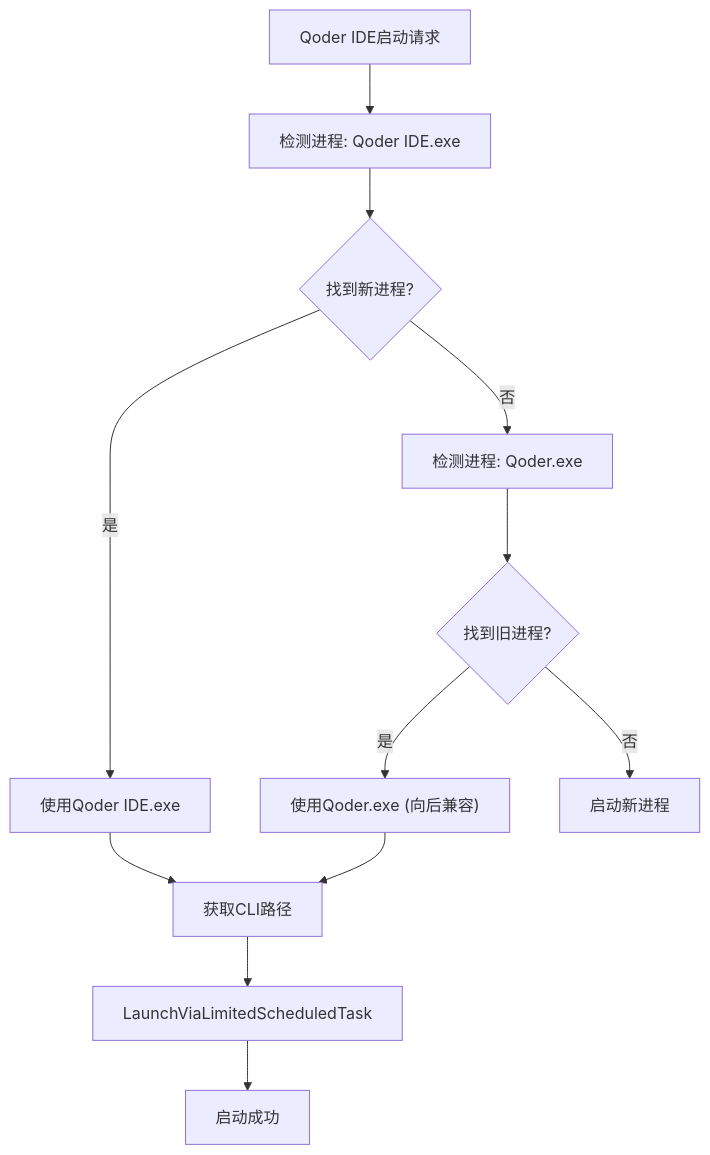
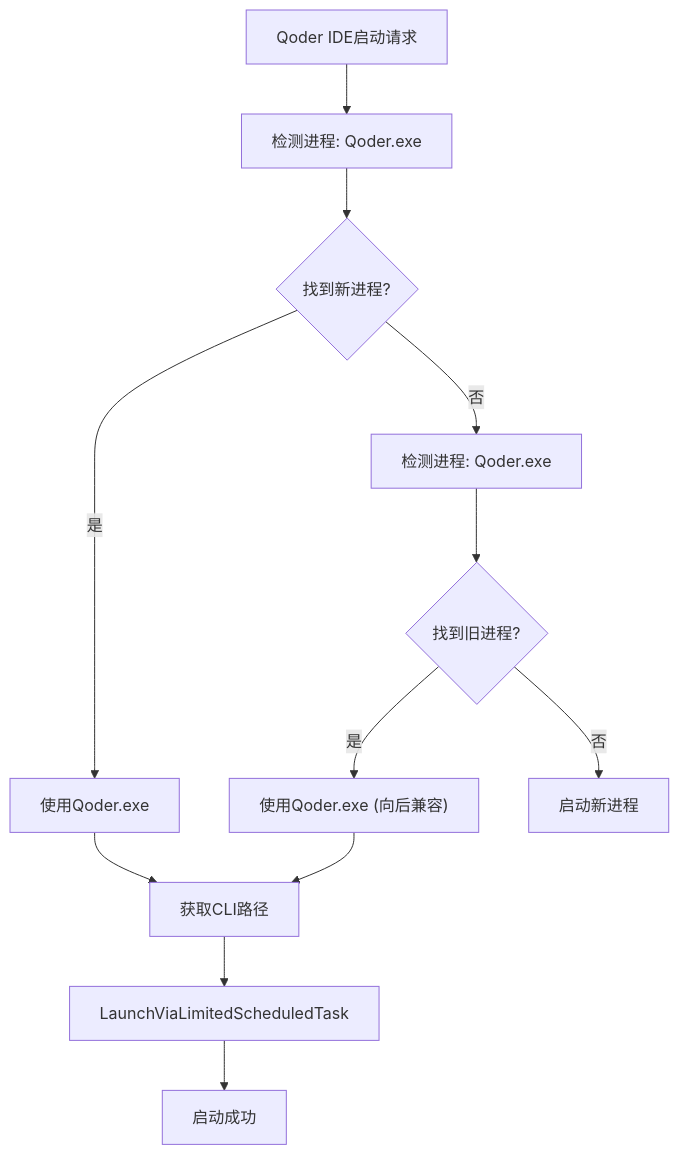
The fourth of 11 diagrams in .qoder/repowiki/zh/content/核心功能/应用程序控制.md (wangys-123doit/hotkey), drawn with Mermaid before and after one commit. The commit also changed other lines of this file and 7 other files, not shown here.

````diff
--- a/.qoder/repowiki/zh/content/核心功能/应用程序控制.md
+++ b/.qoder/repowiki/zh/content/核心功能/应用程序控制.md
@@ -268,14 +268,14 @@
 ```mermaid
 flowchart TD
-A["Qoder IDE启动请求"] --> B["检测进程: Qoder IDE.exe"]
+A["Qoder IDE启动请求"] --> B["检测进程: Qoder.exe"]
 B --> C{"找到新进程?"}
-C --> |是| D["使用Qoder IDE.exe"]
+C --> |是| D["使用Qoder.exe"]
 C --> |否| E["检测进程: Qoder.exe"]
 E --> F{"找到旧进程?"}
 F --> |是| G["使用Qoder.exe (向后兼容)"]
 F --> |否| H["启动新进程"]
 D --> I["获取CLI路径"]
 G --> I
 I --> J["LaunchViaLimitedScheduledTask"]
 J --> K["启动成功"]
 ```
````
